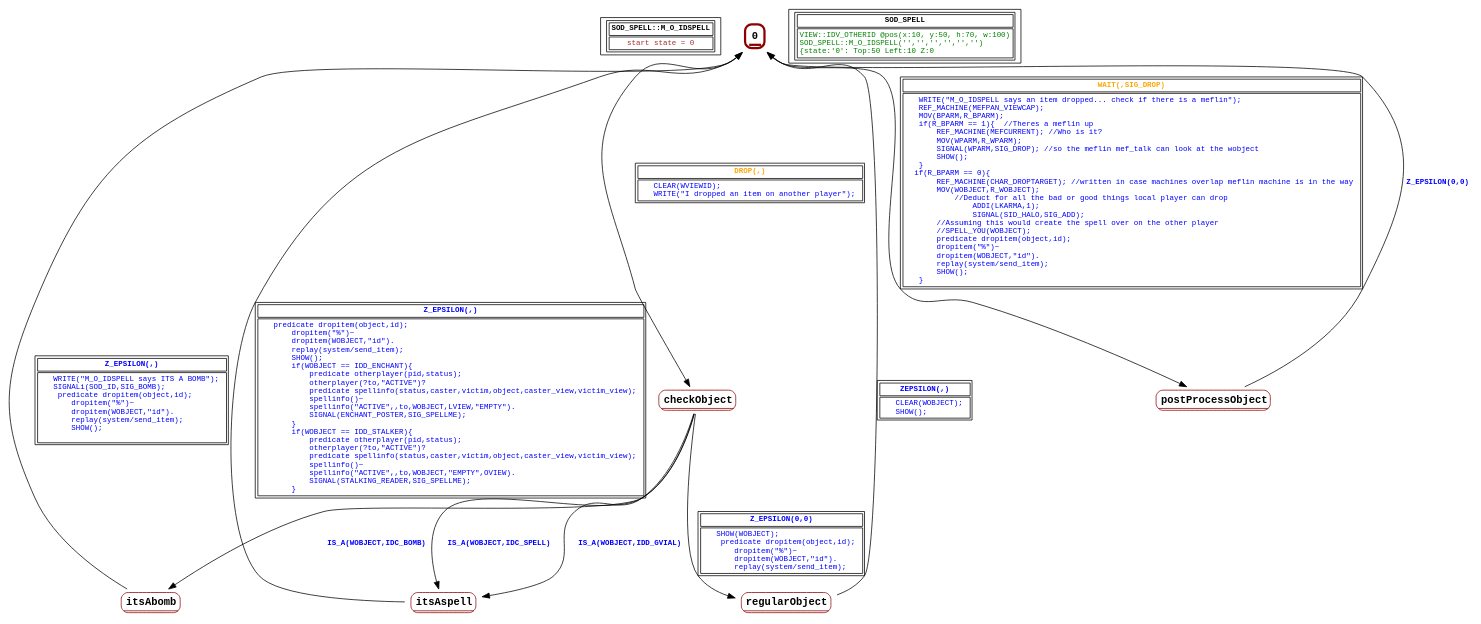
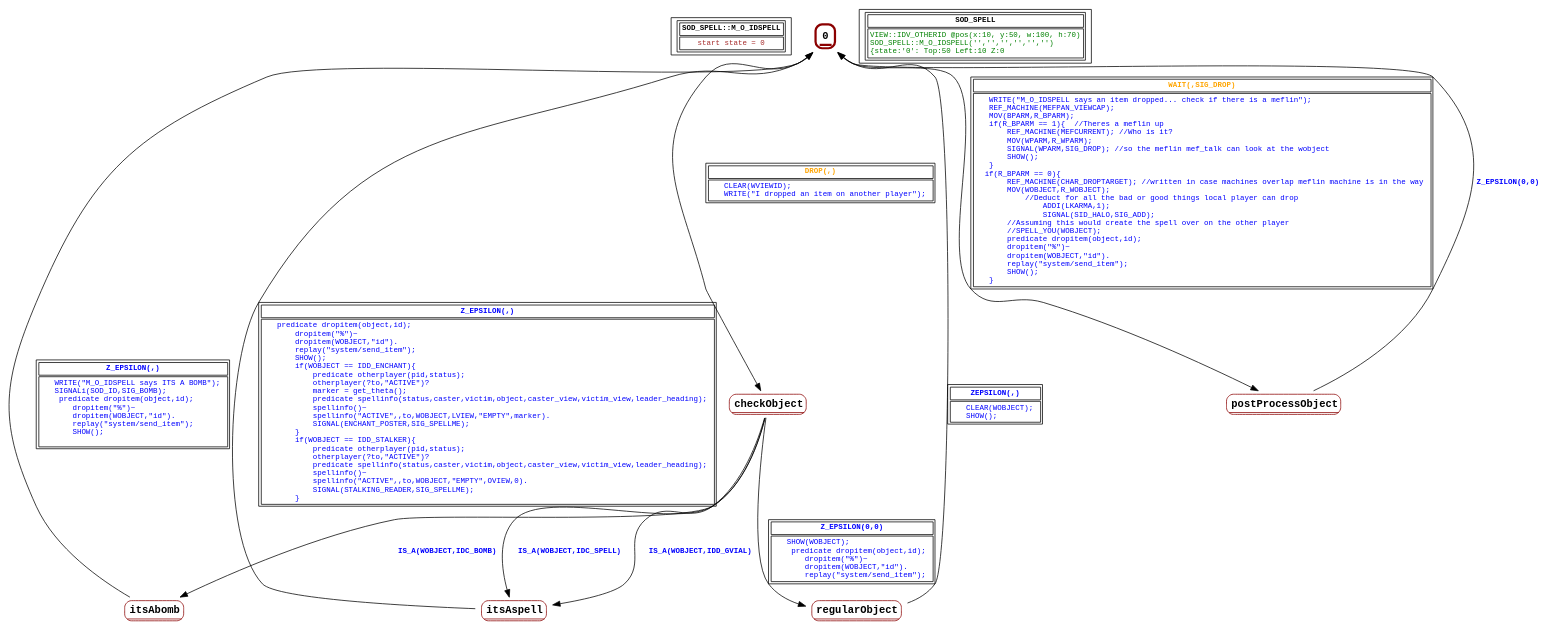
The diagram in graphs/SOD_SPELL.dot (guy-stewart/AzariaCD), drawn with Graphviz before and after one commit. The commit also changed 23 other files, not shown here.

```diff
--- a/graphs/SOD_SPELL.dot
+++ b/graphs/SOD_SPELL.dot
@@ -1,52 +1,52 @@
 digraph Automaton {
  fontname="Courier New"
 	node [shape=oval, fontname="Courier New"];
 	filename[shape = record, fontsize=10, label=< <table border="1"><tr><td><b>SOD_SPELL::M_O_IDSPELL<br align="left"/></b></td></tr>
 <tr><td><font point-size="10" color ="brown">start state = 0<br align="left"/></font></td></tr></table>>
 ];
 	0[shape = none, fontsize=14, label=< <table border="3" color="darkred" style="rounded"><tr><td sides="b"><b>0<br align="left"/></b></td></tr>
 </table>>];
 "0" -> "checkObject" [fontcolor=orange,fontsize=10,fontname="Courier New", label=< <table border="1"><tr><td><b>DROP(,)<br align="left"/></b></td></tr>
 <tr><td><font point-size="10" color ="blue">    CLEAR(WVIEWID);<br align="left"/>    WRITE(&quot;I dropped an item on another player&quot;);<br align="left"/></font></td></tr></table>>
 ];
 "0" -> "postProcessObject" [fontcolor=orange,fontsize=10,fontname="Courier New", label=< <table border="1"><tr><td><b>WAIT(,SIG_DROP)<br align="left"/></b></td></tr>
-<tr><td><font point-size="10" color ="blue">    WRITE(&quot;M_O_IDSPELL says an item dropped... check if there is a meflin&quot;);<br align="left"/>    REF_MACHINE(MEFPAN_VIEWCAP);<br align="left"/>    MOV(BPARM,R_BPARM);<br align="left"/>    if(R_BPARM == 1)&#123;  //Theres a meflin up<br align="left"/>        REF_MACHINE(MEFCURRENT); //Who is it?<br align="left"/>        MOV(WPARM,R_WPARM);<br align="left"/>        SIGNAL(WPARM,SIG_DROP); //so the meflin mef_talk can look at the wobject<br align="left"/>        SHOW();<br align="left"/>    &#125;<br align="left"/>   if(R_BPARM == 0)&#123;<br align="left"/>        REF_MACHINE(CHAR_DROPTARGET); //written in case machines overlap meflin machine is in the way<br align="left"/>        MOV(WOBJECT,R_WOBJECT);<br align="left"/>            //Deduct for all the bad or good things local player can drop <br align="left"/>                ADDI(LKARMA,1); <br align="left"/>                SIGNAL(SID_HALO,SIG_ADD);<br align="left"/>        //Assuming this would create the spell over on the other player<br align="left"/>        //SPELL_YOU(WOBJECT);<br align="left"/>        predicate dropitem(object,id);<br align="left"/>        dropitem(&quot;%&quot;)~<br align="left"/>        dropitem(WOBJECT,&quot;id&quot;).<br align="left"/>        replay(system/send_item);<br align="left"/>        SHOW();<br align="left"/>    &#125; <br align="left"/></font></td></tr></table>>
+<tr><td><font point-size="10" color ="blue">    WRITE(&quot;M_O_IDSPELL says an item dropped... check if there is a meflin&quot;);<br align="left"/>    REF_MACHINE(MEFPAN_VIEWCAP);<br align="left"/>    MOV(BPARM,R_BPARM);<br align="left"/>    if(R_BPARM == 1)&#123;  //Theres a meflin up<br align="left"/>        REF_MACHINE(MEFCURRENT); //Who is it?<br align="left"/>        MOV(WPARM,R_WPARM);<br align="left"/>        SIGNAL(WPARM,SIG_DROP); //so the meflin mef_talk can look at the wobject<br align="left"/>        SHOW();<br align="left"/>    &#125;<br align="left"/>   if(R_BPARM == 0)&#123;<br align="left"/>        REF_MACHINE(CHAR_DROPTARGET); //written in case machines overlap meflin machine is in the way<br align="left"/>        MOV(WOBJECT,R_WOBJECT);<br align="left"/>            //Deduct for all the bad or good things local player can drop <br align="left"/>                ADDI(LKARMA,1); <br align="left"/>                SIGNAL(SID_HALO,SIG_ADD);<br align="left"/>        //Assuming this would create the spell over on the other player<br align="left"/>        //SPELL_YOU(WOBJECT);<br align="left"/>        predicate dropitem(object,id);<br align="left"/>        dropitem(&quot;%&quot;)~<br align="left"/>        dropitem(WOBJECT,&quot;id&quot;).<br align="left"/>        replay(&quot;system/send_item&quot;);<br align="left"/>        SHOW();<br align="left"/>    &#125; <br align="left"/></font></td></tr></table>>
 ];
 	checkObject[shape = none, fontsize=14, label=< <table border="1" color="darkred" style="rounded"><tr><td sides="b"><b>checkObject<br align="left"/></b></td></tr>
 </table>>];
 "checkObject" -> "itsAbomb" [fontcolor=blue,fontsize=10,fontname="Courier New", label=< <table border="0"><tr><td><b>IS_A(WOBJECT,IDC_BOMB)<br align="left"/></b></td></tr>
 </table>>
 ];
 "checkObject" -> "itsAspell" [fontcolor=blue,fontsize=10,fontname="Courier New", label=< <table border="0"><tr><td><b>IS_A(WOBJECT,IDC_SPELL)<br align="left"/></b></td></tr>
 </table>>
 ];
 "checkObject" -> "itsAspell" [fontcolor=blue,fontsize=10,fontname="Courier New", label=< <table border="0"><tr><td><b>IS_A(WOBJECT,IDD_GVIAL)<br align="left"/></b></td></tr>
 </table>>
 ];
 "checkObject" -> "regularObject" [fontcolor=blue,fontsize=10,fontname="Courier New", label=< <table border="1"><tr><td><b>Z_EPSILON(0,0)<br align="left"/></b></td></tr>
-<tr><td><font point-size="10" color ="blue">    SHOW(WOBJECT);<br align="left"/>     predicate dropitem(object,id);<br align="left"/>        dropitem(&quot;%&quot;)~<br align="left"/>        dropitem(WOBJECT,&quot;id&quot;).<br align="left"/>        replay(system/send_item);<br align="left"/></font></td></tr></table>>
+<tr><td><font point-size="10" color ="blue">    SHOW(WOBJECT);<br align="left"/>     predicate dropitem(object,id);<br align="left"/>        dropitem(&quot;%&quot;)~<br align="left"/>        dropitem(WOBJECT,&quot;id&quot;).<br align="left"/>        replay(&quot;system/send_item&quot;);<br align="left"/></font></td></tr></table>>
 ];
 	itsAbomb[shape = none, fontsize=14, label=< <table border="1" color="darkred" style="rounded"><tr><td sides="b"><b>itsAbomb<br align="left"/></b></td></tr>
 </table>>];
 "itsAbomb" -> "0" [fontcolor=blue,fontsize=10,fontname="Courier New", label=< <table border="1"><tr><td><b>Z_EPSILON(,)<br align="left"/></b></td></tr>
-<tr><td><font point-size="10" color ="blue">    WRITE(&quot;M_O_IDSPELL says ITS A BOMB&quot;);<br align="left"/>    SIGNALi(SOD_ID,SIG_BOMB);<br align="left"/>     predicate dropitem(object,id);<br align="left"/>        dropitem(&quot;%&quot;)~<br align="left"/>        dropitem(WOBJECT,&quot;id&quot;).<br align="left"/>        replay(system/send_item);<br align="left"/>        SHOW();<br align="left"/>    <br align="left"/></font></td></tr></table>>
+<tr><td><font point-size="10" color ="blue">    WRITE(&quot;M_O_IDSPELL says ITS A BOMB&quot;);<br align="left"/>    SIGNALi(SOD_ID,SIG_BOMB);<br align="left"/>     predicate dropitem(object,id);<br align="left"/>        dropitem(&quot;%&quot;)~<br align="left"/>        dropitem(WOBJECT,&quot;id&quot;).<br align="left"/>        replay(&quot;system/send_item&quot;);<br align="left"/>        SHOW();<br align="left"/>    <br align="left"/></font></td></tr></table>>
 ];
 	itsAspell[shape = none, fontsize=14, label=< <table border="1" color="darkred" style="rounded"><tr><td sides="b"><b>itsAspell<br align="left"/></b></td></tr>
 </table>>];
 "itsAspell" -> "0" [fontcolor=blue,fontsize=10,fontname="Courier New", label=< <table border="1"><tr><td><b>Z_EPSILON(,)<br align="left"/></b></td></tr>
-<tr><td><font point-size="10" color ="blue">    predicate dropitem(object,id);<br align="left"/>        dropitem(&quot;%&quot;)~<br align="left"/>        dropitem(WOBJECT,&quot;id&quot;).<br align="left"/>        replay(system/send_item);<br align="left"/>        SHOW();<br align="left"/>        if(WOBJECT == IDD_ENCHANT)&#123;<br align="left"/>            predicate otherplayer(pid,status);<br align="left"/>            otherplayer(?to,&quot;ACTIVE&quot;)?<br align="left"/>            predicate spellinfo(status,caster,victim,object,caster_view,victim_view);<br align="left"/>            spellinfo()~<br align="left"/>            spellinfo(&quot;ACTIVE&quot;,,to,WOBJECT,LVIEW,&quot;EMPTY&quot;).<br align="left"/>            SIGNAL(ENCHANT_POSTER,SIG_SPELLME);<br align="left"/>        &#125;<br align="left"/>        if(WOBJECT == IDD_STALKER)&#123;<br align="left"/>            predicate otherplayer(pid,status);<br align="left"/>            otherplayer(?to,&quot;ACTIVE&quot;)?<br align="left"/>            predicate spellinfo(status,caster,victim,object,caster_view,victim_view);<br align="left"/>            spellinfo()~<br align="left"/>            spellinfo(&quot;ACTIVE&quot;,,to,WOBJECT,&quot;EMPTY&quot;,OVIEW).<br align="left"/>            SIGNAL(STALKING_READER,SIG_SPELLME);<br align="left"/>        &#125;<br align="left"/></font></td></tr></table>>
+<tr><td><font point-size="10" color ="blue">    predicate dropitem(object,id);<br align="left"/>        dropitem(&quot;%&quot;)~<br align="left"/>        dropitem(WOBJECT,&quot;id&quot;).<br align="left"/>        replay(&quot;system/send_item&quot;);<br align="left"/>        SHOW();<br align="left"/>        if(WOBJECT == IDD_ENCHANT)&#123;<br align="left"/>            predicate otherplayer(pid,status);<br align="left"/>            otherplayer(?to,&quot;ACTIVE&quot;)?<br align="left"/>            marker = get_theta(); <br align="left"/>            predicate spellinfo(status,caster,victim,object,caster_view,victim_view,leader_heading);<br align="left"/>            spellinfo()~<br align="left"/>            spellinfo(&quot;ACTIVE&quot;,,to,WOBJECT,LVIEW,&quot;EMPTY&quot;,marker).<br align="left"/>            SIGNAL(ENCHANT_POSTER,SIG_SPELLME);<br align="left"/>        &#125;<br align="left"/>        if(WOBJECT == IDD_STALKER)&#123;<br align="left"/>            predicate otherplayer(pid,status);<br align="left"/>            otherplayer(?to,&quot;ACTIVE&quot;)?<br align="left"/>            predicate spellinfo(status,caster,victim,object,caster_view,victim_view,leader_heading);<br align="left"/>            spellinfo()~<br align="left"/>            spellinfo(&quot;ACTIVE&quot;,,to,WOBJECT,&quot;EMPTY&quot;,OVIEW,0).<br align="left"/>            SIGNAL(STALKING_READER,SIG_SPELLME);<br align="left"/>        &#125;<br align="left"/></font></td></tr></table>>
 ];
 	postProcessObject[shape = none, fontsize=14, label=< <table border="1" color="darkred" style="rounded"><tr><td sides="b"><b>postProcessObject<br align="left"/></b></td></tr>
 </table>>];
 "postProcessObject" -> "0" [fontcolor=blue,fontsize=10,fontname="Courier New", label=< <table border="0"><tr><td><b>Z_EPSILON(0,0)<br align="left"/></b></td></tr>
 </table>>
 ];
 	regularObject[shape = none, fontsize=14, label=< <table border="1" color="darkred" style="rounded"><tr><td sides="b"><b>regularObject<br align="left"/></b></td></tr>
 </table>>];
 "regularObject" -> "0" [fontcolor=blue,fontsize=10,fontname="Courier New", label=< <table border="1"><tr><td><b>ZEPSILON(,)<br align="left"/></b></td></tr>
 <tr><td><font point-size="10" color ="blue">    CLEAR(WOBJECT);<br align="left"/>    SHOW();<br align="left"/></font></td></tr></table>>
 ];
 	status[shape = record, fontsize=10, label=< <table border="1"><tr><td><b>SOD_SPELL<br align="left"/></b></td></tr>
-<tr><td><font point-size="10" color ="green">VIEW::IDV_OTHERID @pos(x:10, y:50, h:70, w:100)<br align="left"/>SOD_SPELL::M_O_IDSPELL(&apos;&apos;,&apos;&apos;,&apos;&apos;,&apos;&apos;,&apos;&apos;,&apos;&apos;)<br align="left"/>			&#123;state:&apos;0&apos;: Top:50 Left:10 Z:0<br align="left"/></font></td></tr></table>>
+<tr><td><font point-size="10" color ="green">VIEW::IDV_OTHERID @pos(x:10, y:50, w:100, h:70)<br align="left"/>SOD_SPELL::M_O_IDSPELL(&apos;&apos;,&apos;&apos;,&apos;&apos;,&apos;&apos;,&apos;&apos;,&apos;&apos;)<br align="left"/>			&#123;state:&apos;0&apos;: Top:50 Left:10 Z:0<br align="left"/></font></td></tr></table>>
 ];
 }
```
